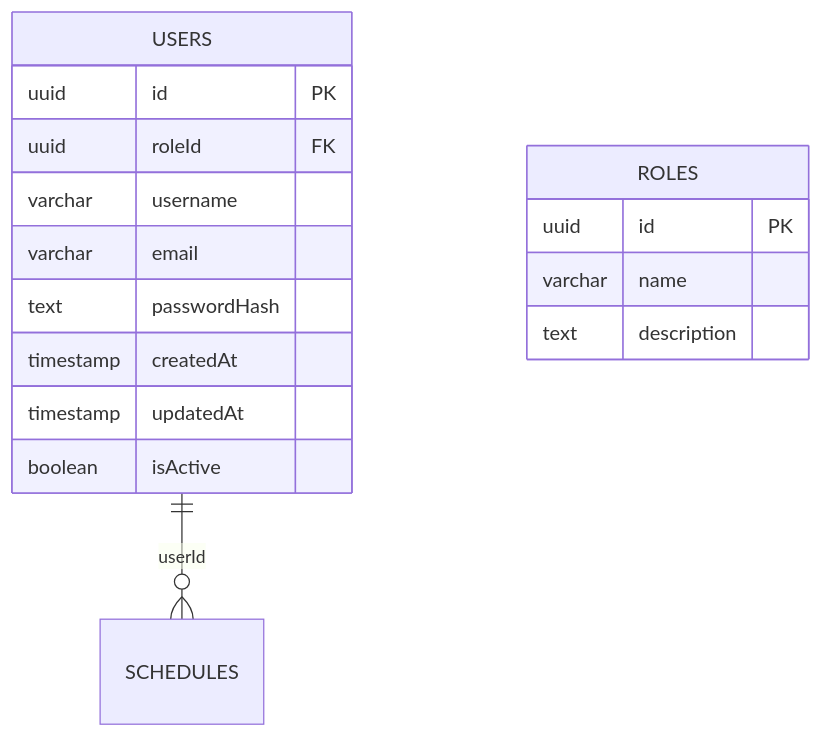
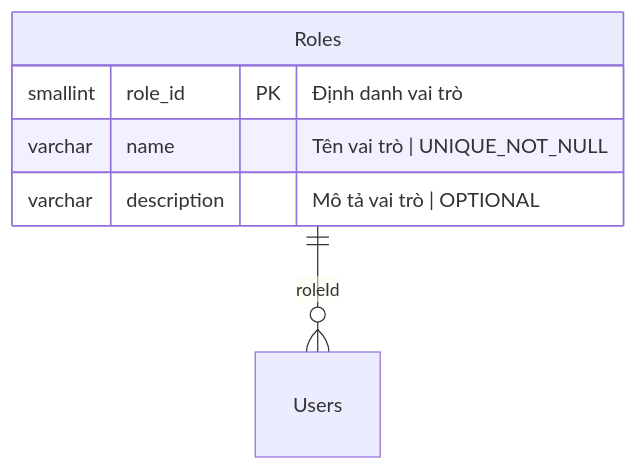
One commit to hainguyen81/enterprise-it-ai changed the ninth of 12 diagrams in sources/storage/business-analysis/membership-hub/requirements.md. Above: the diagram before and after it, drawn with Mermaid. The commit also changed other lines of this file and 5 other files, not shown here.

````diff
--- a/sources/storage/business-analysis/membership-hub/requirements.md
+++ b/sources/storage/business-analysis/membership-hub/requirements.md
@@ -193,19 +513,9 @@
 ```mermaid
 erDiagram
-    USERS ||--o{ SCHEDULES : "userId"
-    USERS {
-        uuid id PK
-        uuid roleId FK
-        varchar username
-        varchar email
-        text passwordHash
-        timestamp createdAt
-        timestamp updatedAt
-        boolean isActive
+    Roles {
+        smallint role_id PK "Định danh vai trò"
+        varchar name "Tên vai trò | UNIQUE_NOT_NULL"
+        varchar description "Mô tả vai trò | OPTIONAL"
     }
-    ROLES {
-        uuid id PK
-        varchar name
-        text description
-    }
+    Roles ||--o{ Users : "roleId"
 ```
````
